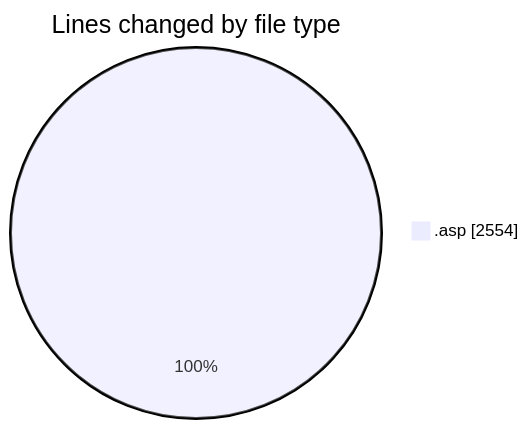
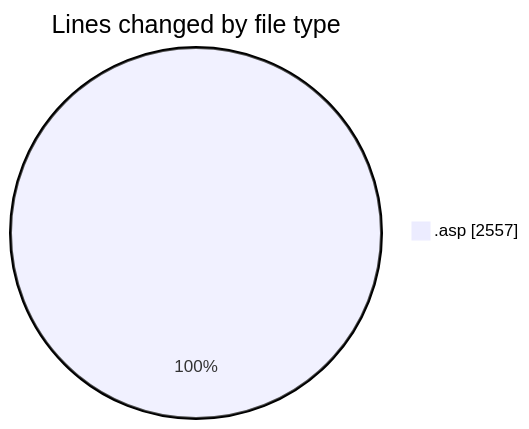
One commit to julien-gomy/code-tracking changed the first of 2 diagrams in 2025-10-31/cdp_aleoudev_fr__workspace_/README.md. Above: the diagram before and after it, drawn with Mermaid. The commit also changed other lines of this file and 1 other file, not shown here.

````diff
--- a/2025-10-31/cdp_aleoudev_fr__workspace_/README.md
+++ b/2025-10-31/cdp_aleoudev_fr__workspace_/README.md
@@ -21,5 +21,5 @@
 ```mermaid
 pie showData
 title Lines changed by file type
-".asp" : 2554
+".asp" : 2557
 ```
````
